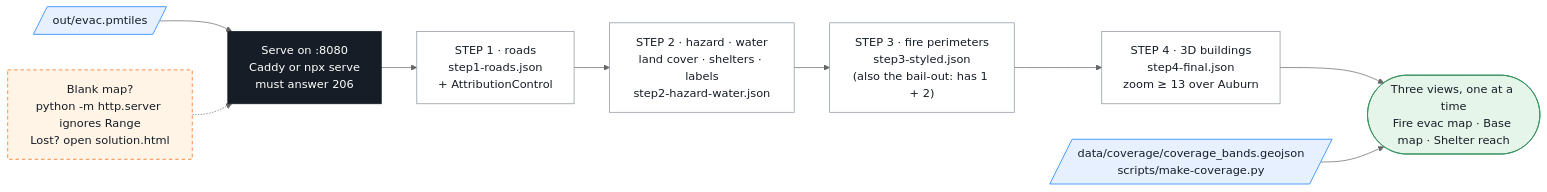
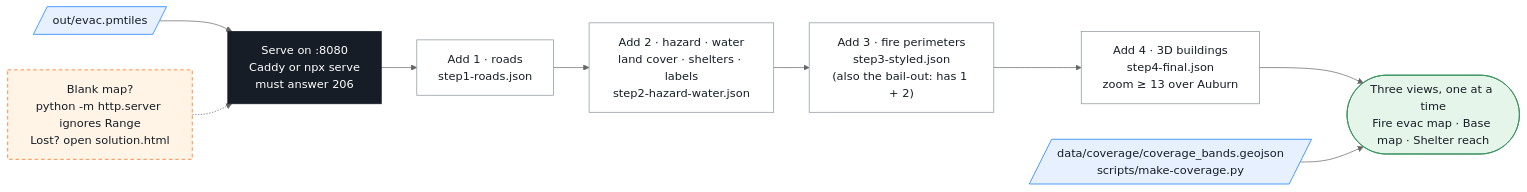
One commit to vishal4c/routes-to-safety-workshop changed the diagram in 02-web/README.md. Above: the diagram before and after it, drawn with Mermaid (neutral theme). The commit also changed other lines of this file and 4 other files, not shown here.

````diff
--- a/02-web/README.md
+++ b/02-web/README.md
@@ -6,22 +6,22 @@
 ```mermaid
 flowchart LR
   classDef file fill:#E6F0FF,stroke:#0678FF,color:#161D26
   classDef tool fill:#161D26,stroke:#161D26,color:#FFFFFF
   classDef step fill:#FFFFFF,stroke:#8A939B,color:#161D26
   classDef chk  fill:#E6F5EA,stroke:#2E8B57,color:#161D26
   classDef bail fill:#FFF4E5,stroke:#FF6101,color:#161D26,stroke-dasharray:5 4
 
   PM[/"out/evac.pmtiles"/]:::file
   SV["Serve on :8080<br/>Caddy or npx serve<br/>must answer 206"]:::tool
-  S1["STEP 1 · roads<br/>step1-roads.json<br/>+ AttributionControl"]:::step
-  S2["STEP 2 · hazard · water<br/>land cover · shelters · labels<br/>step2-hazard-water.json"]:::step
-  S3["STEP 3 · fire perimeters<br/>step3-styled.json<br/>(also the bail-out: has 1 + 2)"]:::step
-  S4["STEP 4 · 3D buildings<br/>step4-final.json<br/>zoom ≥ 13 over Auburn"]:::step
+  S1["Add 1 · roads<br/>step1-roads.json"]:::step
+  S2["Add 2 · hazard · water<br/>land cover · shelters · labels<br/>step2-hazard-water.json"]:::step
+  S3["Add 3 · fire perimeters<br/>step3-styled.json<br/>(also the bail-out: has 1 + 2)"]:::step
+  S4["Add 4 · 3D buildings<br/>step4-final.json<br/>zoom ≥ 13 over Auburn"]:::step
   V(["Three views, one at a time<br/>Fire evac map · Base map · Shelter reach"]):::chk
   CB[/"data/coverage/coverage_bands.geojson<br/>scripts/make-coverage.py"/]:::file
   B["Blank map?<br/>python -m http.server ignores Range<br/>Lost? open solution.html"]:::bail
 
   PM --> SV --> S1 --> S2 --> S3 --> S4 --> V
   CB --> V
   B -.-> SV
 ```
````
